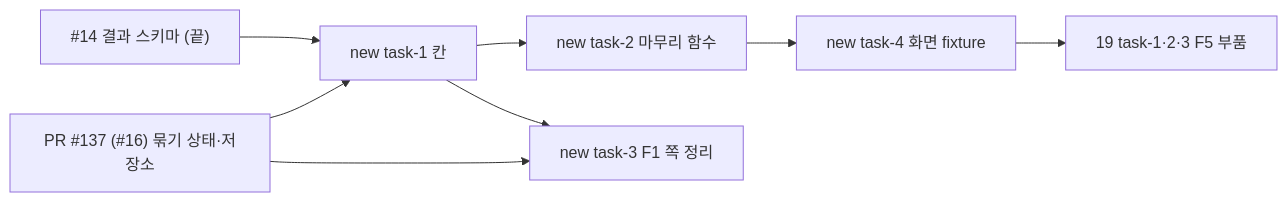
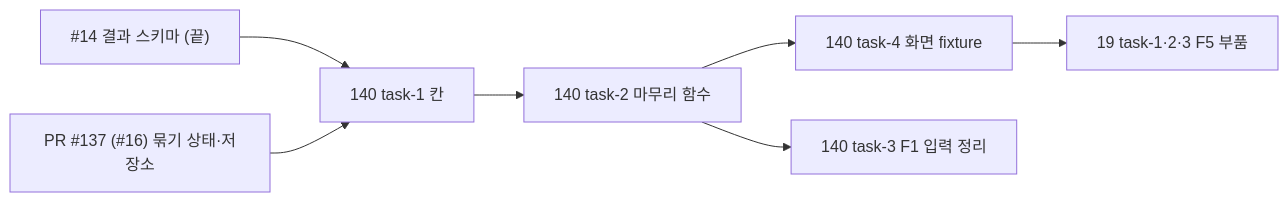
One commit to merge-mates/patent-ai-workspace changed the first of 3 diagrams in docs/features/F5/tasks.md. Above: the diagram before and after it, drawn with Mermaid. The commit also changed other lines of this file and 2 other files, not shown here.

First line of the commit message:
docs(docs): F5 리뷰 반영 (글자 상태 text_status 분리, 마무리 안 한 ⑥ 저장 거부)

````diff
--- a/docs/features/F5/tasks.md
+++ b/docs/features/F5/tasks.md
@@ -15,10 +15,9 @@
 ```mermaid
 graph LR
-    I14["#14 결과 스키마 (끝)"] --> N1["new task-1 칸"]
-    N1 --> N2["new task-2 마무리 함수"]
-    N2 --> N4["new task-4 화면 fixture"]
+    I14["#14 결과 스키마 (끝)"] --> N1["140 task-1 칸"]
+    N1 --> N2["140 task-2 마무리 함수"]
+    N2 --> N4["140 task-4 화면 fixture"]
     I16["PR #137 (#16) 묶기 상태·저장소"] --> N1
-    I16 --> N3["new task-3 F1 쪽 정리"]
-    N1 --> N3
+    N2 --> N3["140 task-3 F1 입력 정리"]
     N4 --> W1["19 task-1·2·3 F5 부품"]
 ```
````
